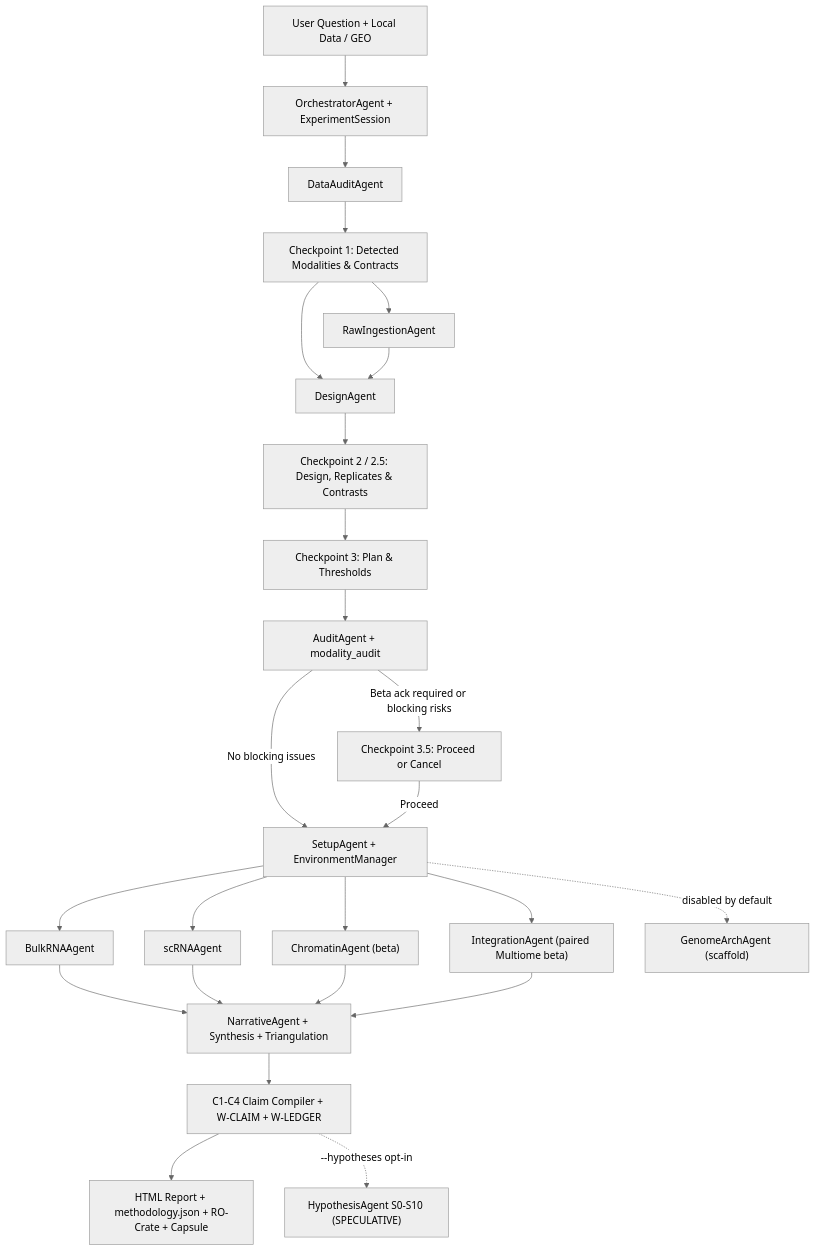
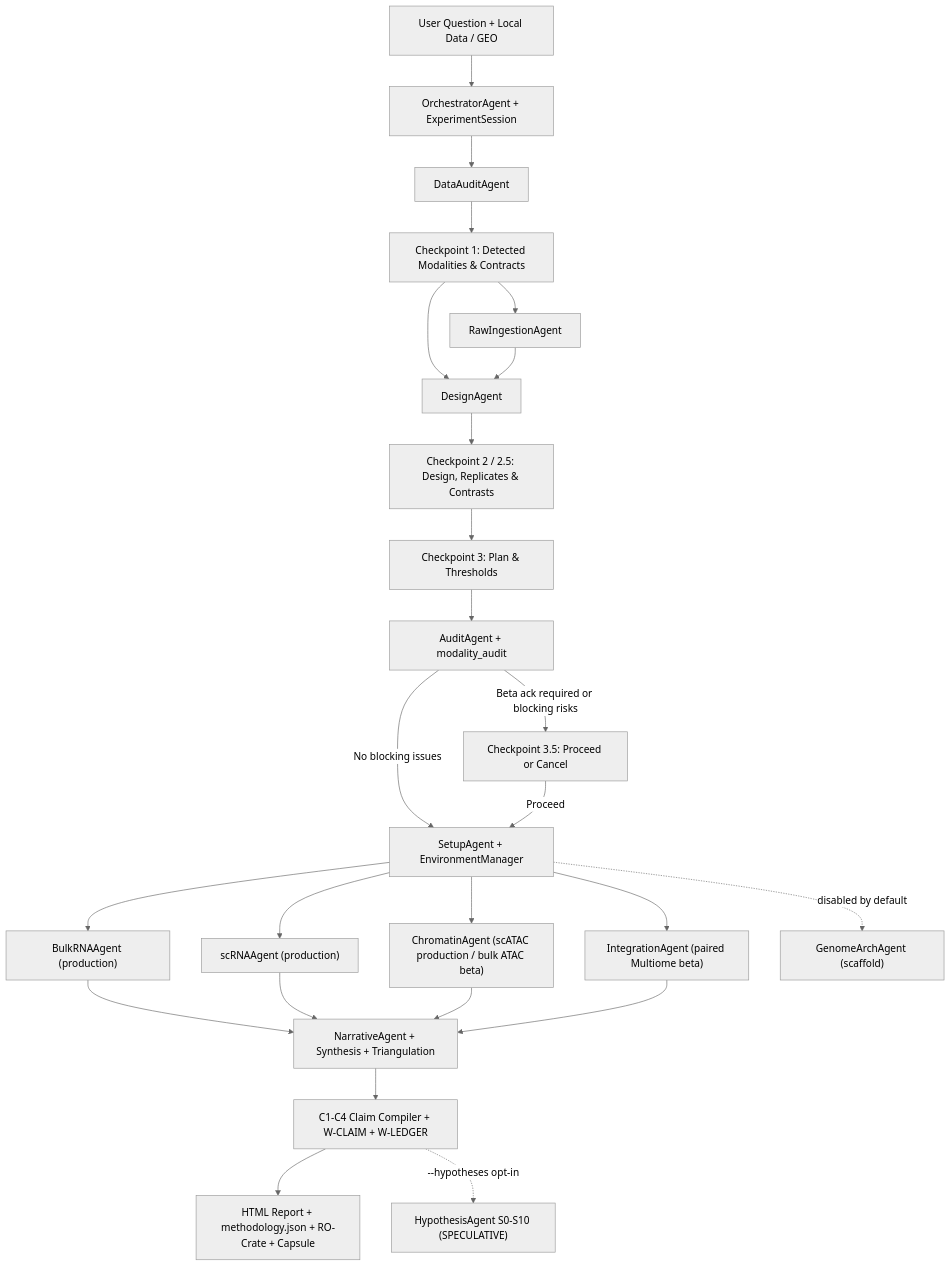
One commit to Olascoaga/aria-omics changed the diagram in docs/diagrams/aria_overview.mmd. Above: the diagram before and after it, drawn with Mermaid (neutral theme). The commit also changed 41 other files, not shown here.

Commit message:
feat(chromatin): universal multi-platform scATAC engine and promote scATAC to production (ADR-076)

```diff
--- a/docs/diagrams/aria_overview.mmd
+++ b/docs/diagrams/aria_overview.mmd
@@ -1,25 +1,25 @@
 flowchart TD
     U["User Question + Local Data / GEO"] --> O["OrchestratorAgent + ExperimentSession"]
     O --> DA["DataAuditAgent"]
     DA --> CP1["Checkpoint 1: Detected Modalities & Contracts"]
     CP1 --> RAW["RawIngestionAgent"]
     CP1 --> D["DesignAgent"]
     RAW --> D
     D --> CP2["Checkpoint 2 / 2.5: Design, Replicates & Contrasts"]
     CP2 --> CP3["Checkpoint 3: Plan & Thresholds"]
     CP3 --> A["AuditAgent + modality_audit"]
     A -->|Beta ack required or blocking risks| CP35["Checkpoint 3.5: Proceed or Cancel"]
     A -->|No blocking issues| SETUP["SetupAgent + EnvironmentManager"]
     CP35 -->|Proceed| SETUP
-    SETUP --> B["BulkRNAAgent"]
-    SETUP --> S["scRNAAgent"]
-    SETUP --> C["ChromatinAgent (beta)"]
+    SETUP --> B["BulkRNAAgent (production)"]
+    SETUP --> S["scRNAAgent (production)"]
+    SETUP --> C["ChromatinAgent (scATAC production / bulk ATAC beta)"]
     SETUP --> INT["IntegrationAgent (paired Multiome beta)"]
     SETUP -. disabled by default .-> H["GenomeArchAgent (scaffold)"]
     B --> N["NarrativeAgent + Synthesis + Triangulation"]
     S --> N
     C --> N
     INT --> N
     N --> COMP["C1-C4 Claim Compiler + W-CLAIM + W-LEDGER"]
     COMP --> R["HTML Report + methodology.json + RO-Crate + Capsule"]
     COMP -. "--hypotheses opt-in" .-> HYPO["HypothesisAgent S0-S10 (SPECULATIVE)"]
```
